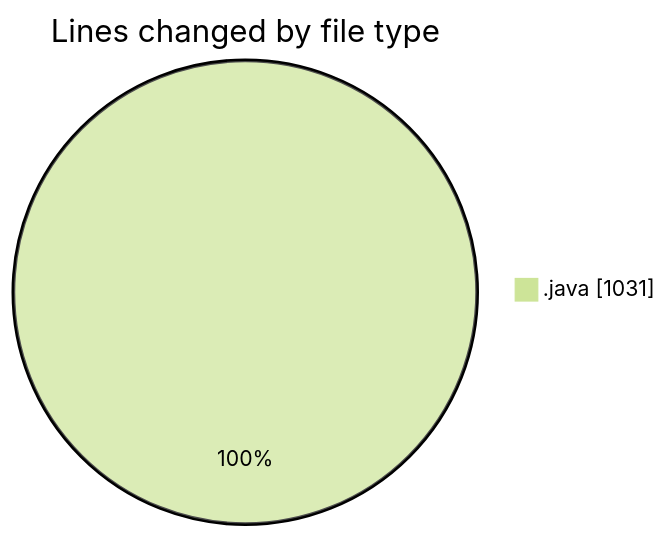
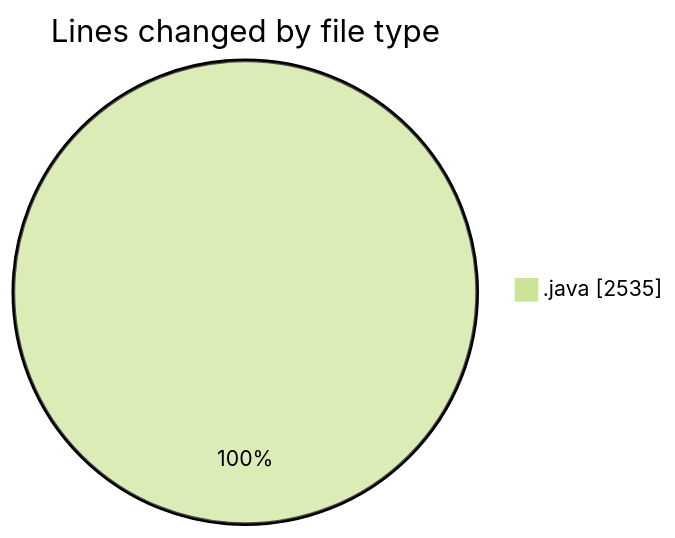
Before and after one commit to ricardozamudiocil/code-tracking: the first of 2 diagrams in 2026-03-23/cilapp/README.md, drawn with Mermaid (forest theme). The commit also changed other lines of this file and 1 other file, not shown here.

````diff
--- a/2026-03-23/cilapp/README.md
+++ b/2026-03-23/cilapp/README.md
@@ -22,5 +24,5 @@
 ```mermaid
 pie showData
 title Lines changed by file type
-".java" : 1031
+".java" : 2535
 ```
````
